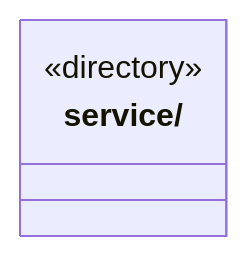
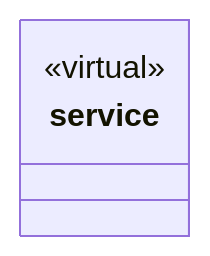
One commit to nan023062/cbim changed the diagram in src/logic/terminal/ARCHITECTURE.md. Above: the diagram before and after it, drawn with Mermaid. The commit also changed other lines of this file and 158 other files, not shown here.

Commit message:
docs: model architecture through nested virtual encapsulations

````diff
--- a/src/logic/terminal/ARCHITECTURE.md
+++ b/src/logic/terminal/ARCHITECTURE.md
@@ -35,6 +17,7 @@
 ```mermaid
 classDiagram
-class N_src_logic_terminal_service["service/"] {
-  <<directory>>
+class N_1296c0f72fcb["service"] {
+  <<virtual>>
 }
+click N_1296c0f72fcb href "service/ARCHITECTURE.md"
 ```
````
